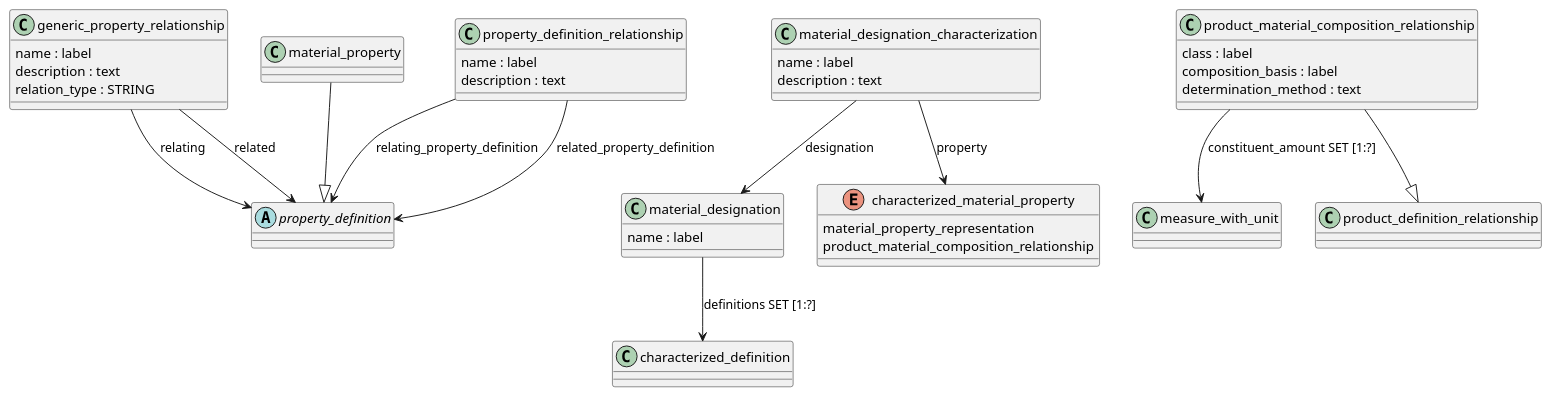
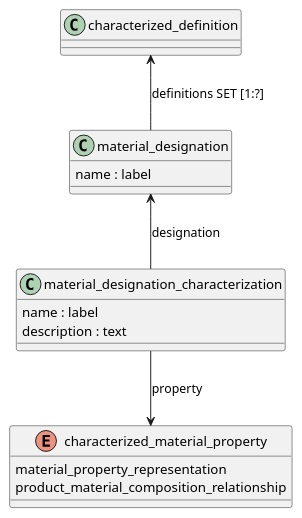
Before and after one commit to chukkaba/10303: the diagram in 004 Material/material_property_definition/source/material_property_definition.pu, drawn with PlantUML. The commit also changed 37 other files, not shown here.

```diff
--- a/004 Material/material_property_definition/source/material_property_definition.pu
+++ b/004 Material/material_property_definition/source/material_property_definition.pu
@@ -1,58 +1,25 @@
 @startuml
-
-class generic_property_relationship {
-  name : label
-  description : text
-  relation_type : STRING
-}
 
 class material_designation {
   name : label
 }
 
 class material_designation_characterization {
-  name : label
-  description : text
-}
-
-abstract class property_definition {
-}
-
-class material_property {
-}
-
-class product_material_composition_relationship {
-  class : label
-  composition_basis : label
-  determination_method : text
-}
-
-class property_definition_relationship {
   name : label
   description : text
 }
 
 enum characterized_material_property {
   material_property_representation
   product_material_composition_relationship
 }
 
 ' Связи между классами
 
-generic_property_relationship --> property_definition : relating
-generic_property_relationship --> property_definition : related
+material_designation_characterization -up-> material_designation : designation
+material_designation_characterization --> characterized_material_property : property
 
-material_designation_characterization --> material_designation : designation
-material_designation_characterization --> characterized_material_property : property
-product_material_composition_relationship --> measure_with_unit : constituent_amount SET [1:?]
 
-material_designation --> characterized_definition : definitions SET [1:?]
-
-material_property --|> property_definition
-
-product_material_composition_relationship --|> product_definition_relationship
-
-property_definition_relationship --> property_definition : relating_property_definition
-property_definition_relationship --> property_definition : related_property_definition
+material_designation -up-> characterized_definition : definitions SET [1:?]
 
 @enduml
```
